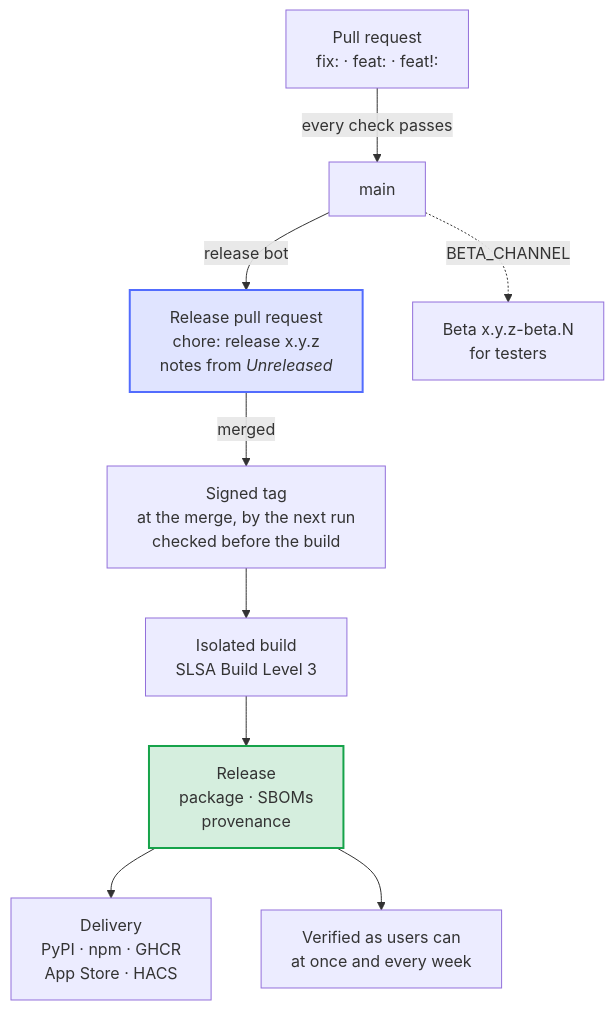
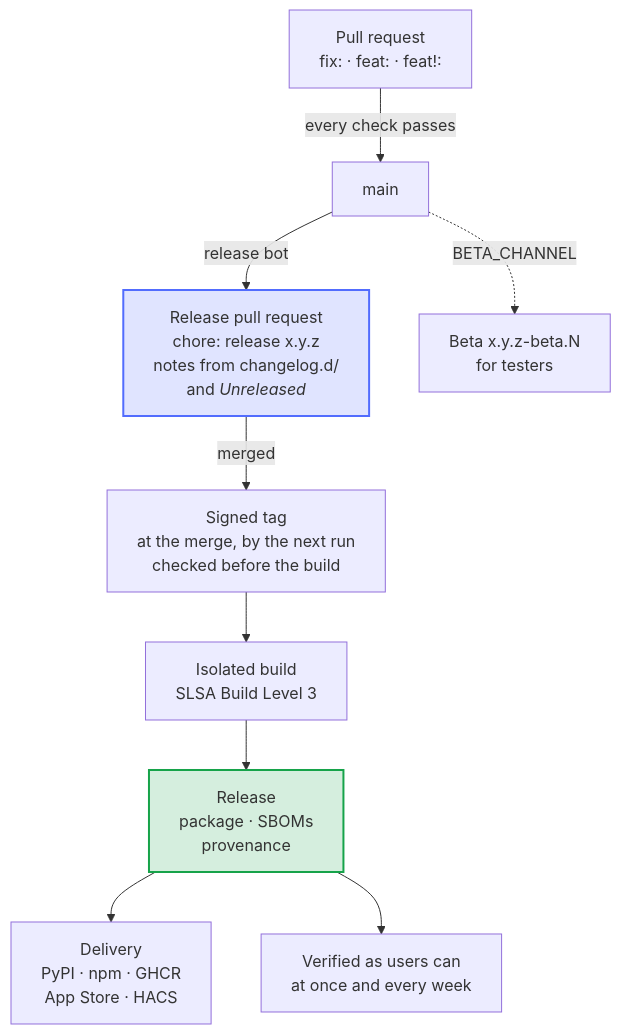
The diagram in docs/diagrams/from-a-change-to-a-release.mmd (Dennis-Otto/repo-blueprint), drawn with Mermaid before and after one commit. The commit also changed 45 other files, not shown here.

First line of the commit message:
feat: changelog fragments, so parallel pull requests stop conflicting (#193)

```diff
--- a/docs/diagrams/from-a-change-to-a-release.mmd
+++ b/docs/diagrams/from-a-change-to-a-release.mmd
@@ -1,30 +1,30 @@
 ---
 config:
   flowchart:
     wrappingWidth: 400
 ---
 flowchart TB
     accTitle: From a change to a release
-    accDescr: A pull request whose title is fix, feat or feat! merges into main once every check passes. The release bot keeps a release pull request with the next version and the text of Unreleased. Merging it signs its tag first, in the next run of the release bot, then builds the release in isolation once the tag checks out, signs and publishes it, delivers it and verifies it, then and every week. With BETA_CHANNEL, every change for users also becomes a beta.
+    accDescr: A pull request whose title is fix, feat or feat! merges into main once every check passes. The release bot keeps a release pull request with the next version and the text of the fragments and of Unreleased. Merging it signs its tag first, in the next run of the release bot, then builds the release in isolation once the tag checks out, signs and publishes it, delivers it and verifies it, then and every week. With BETA_CHANNEL, every change for users also becomes a beta.
 
     pr["Pull request<br>fix: · feat: · feat!:"]
     main["main"]
-    rpr["`Release pull request<br>chore: release x.y.z<br>notes from *Unreleased*`"]
+    rpr["`Release pull request<br>chore: release x.y.z<br>notes from changelog.d/<br>and *Unreleased*`"]
     beta["Beta x.y.z-beta.N<br>for testers"]
     tag["Signed tag<br>at the merge, by the next run<br>checked before the build"]
     build["Isolated build<br>SLSA Build Level 3"]
     release["Release<br>package · SBOMs<br>provenance"]
     deliver["Delivery<br>PyPI · npm · GHCR<br>App Store · HACS"]
     verify["Verified as users can<br>at once and every week"]
 
     pr -- "every check passes" --> main
     main -- "release bot" --> rpr
     main -. "BETA_CHANNEL" .-> beta
     rpr -- "merged" --> tag --> build --> release
     release --> deliver
     release --> verify
 
     classDef bot fill:#526cfe2e,stroke:#526cfe,stroke-width:2px
     classDef done fill:#16a34a2e,stroke:#16a34a,stroke-width:2px
     class rpr bot
     class release done
```
